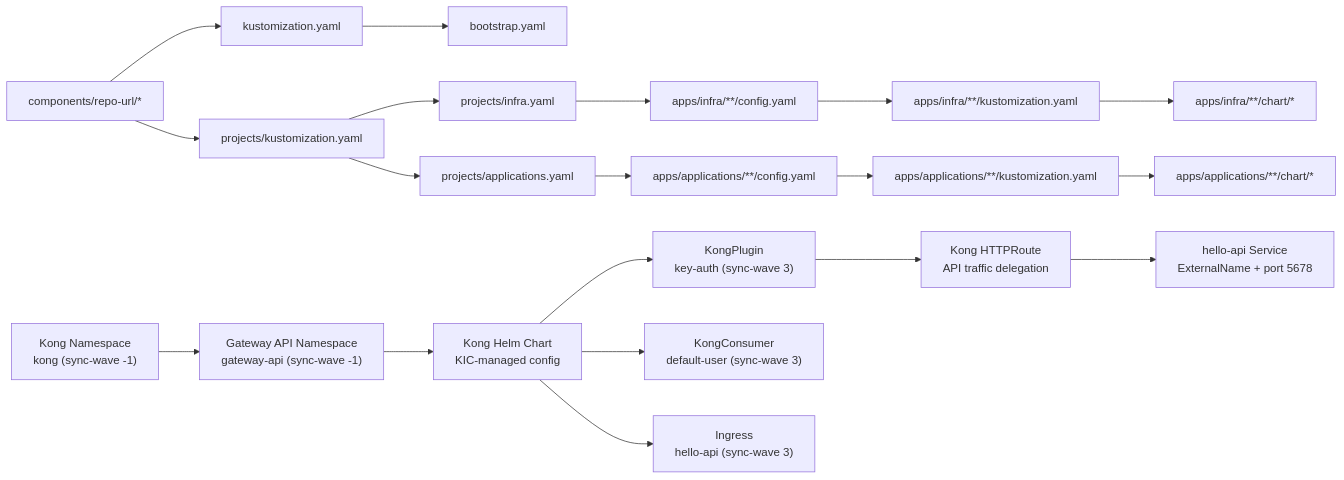
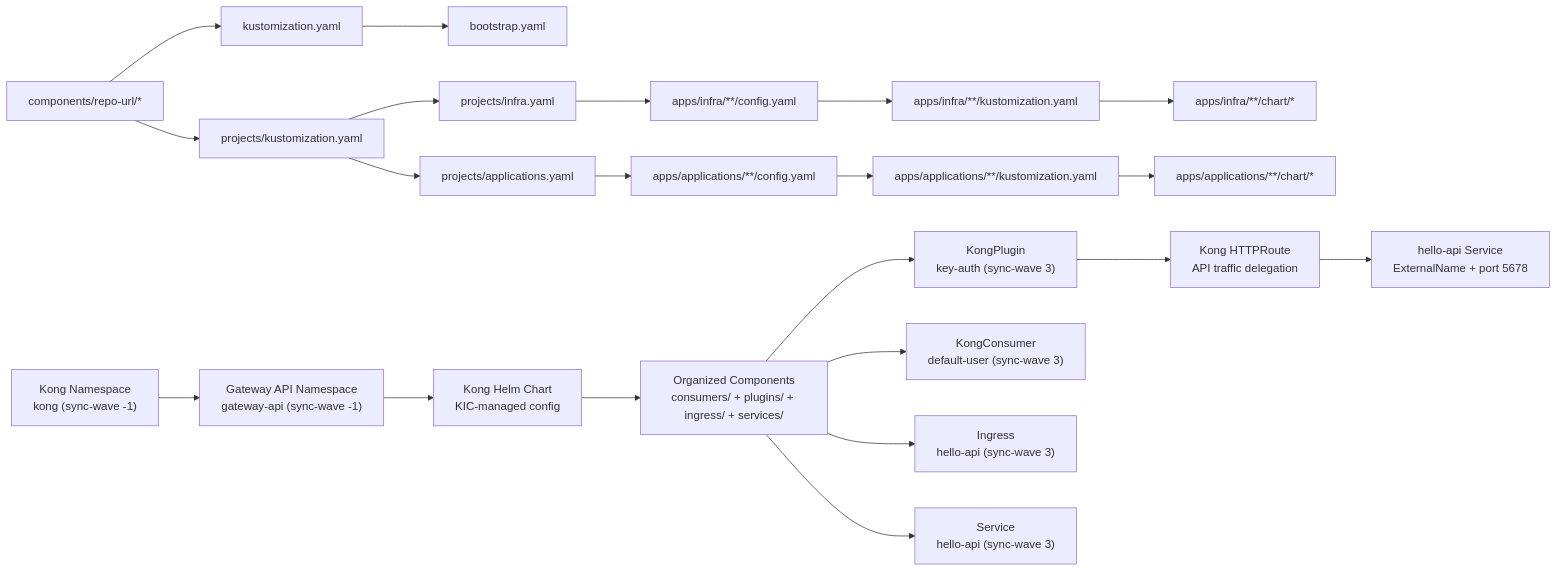
The third of 3 diagrams in .qoder/repowiki/en/content/Application Configuration/Application Configuration.md (Hoangvu75/k8s_manifest), drawn with Mermaid before and after one commit. The commit also changed other lines of this file and 6 other files, not shown here.

````diff
--- a/.qoder/repowiki/en/content/Application Configuration/Application Configuration.md
+++ b/.qoder/repowiki/en/content/Application Configuration/Application Configuration.md
@@ -408,21 +427,23 @@
 ```mermaid
 graph LR
 RepoURL["components/repo-url/*"] --> RootKust["kustomization.yaml"]
 RepoURL --> ProjKust["projects/kustomization.yaml"]
 RootKust --> Bootstrap["bootstrap.yaml"]
 ProjKust --> InfraApps["projects/infra.yaml"]
 ProjKust --> AppApps["projects/applications.yaml"]
 InfraApps --> InfraCfg["apps/infra/**/config.yaml"]
 AppApps --> AppCfg["apps/applications/**/config.yaml"]
 InfraCfg --> InfraKust["apps/infra/**/kustomization.yaml"]
 AppCfg --> AppKust["apps/applications/**/kustomization.yaml"]
 InfraKust --> InfraChart["apps/infra/**/chart/*"]
 AppKust --> AppChart["apps/applications/**/chart/*"]
 KongNS["Kong Namespace<br/>kong (sync-wave -1)"] --> GatewayNS["Gateway API Namespace<br/>gateway-api (sync-wave -1)"]
 GatewayNS --> KongChart["Kong Helm Chart<br/>KIC-managed config"]
-KongChart --> KongPlugin["KongPlugin<br/>key-auth (sync-wave 3)"]
-KongChart --> KongConsumer["KongConsumer<br/>default-user (sync-wave 3)"]
-KongChart --> IngressRes["Ingress<br/>hello-api (sync-wave 3)"]
+KongChart --> KongComponents["Organized Components<br/>consumers/ + plugins/ + ingress/ + services/"]
+KongComponents --> KongPlugin["KongPlugin<br/>key-auth (sync-wave 3)"]
+KongComponents --> KongConsumer["KongConsumer<br/>default-user (sync-wave 3)"]
+KongComponents --> IngressRes["Ingress<br/>hello-api (sync-wave 3)"]
+KongComponents --> ServiceRes["Service<br/>hello-api (sync-wave 3)"]
 KongPlugin --> KongHTTPRoute["Kong HTTPRoute<br/>API traffic delegation"]
 KongHTTPRoute --> HelloAPI["hello-api Service<br/>ExternalName + port 5678"]
 ```
````
